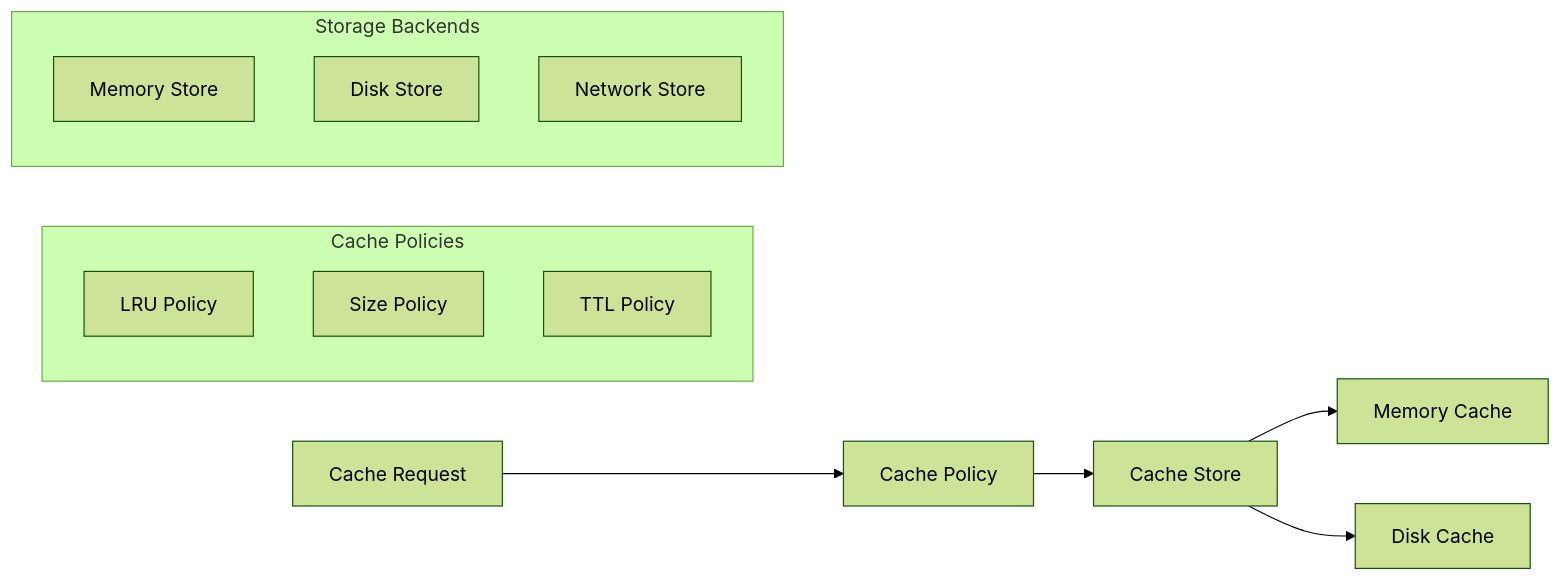
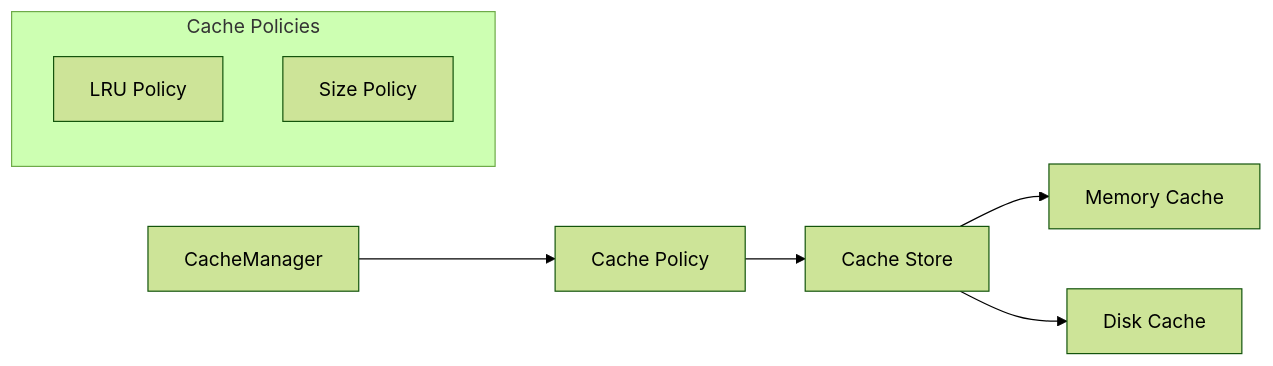
The third of 4 diagrams in docs/Architecture.md (zachshallbetter/LlamaHome), drawn with Mermaid (forest theme) before and after one commit. The commit also changed other lines of this file and 5 other files, not shown here.

Commit message:
All the detailed information about architecture, implementation, and advanced features is now properly organized in the docs directory

````diff
--- a/docs/Architecture.md
+++ b/docs/Architecture.md
@@ -172,19 +121,12 @@
 ```mermaid
 graph LR
-    Request[Cache Request] --> Policy[Cache Policy]
+    Cache[CacheManager] --> Policy[Cache Policy]
     Policy --> Store[Cache Store]
     Store --> Memory[Memory Cache]
     Store --> Disk[Disk Cache]
     
     subgraph Cache Policies
         LRU[LRU Policy]
         Size[Size Policy]
-        TTL[TTL Policy]
-    end
-    
-    subgraph Storage Backends
-        MemStore[Memory Store]
-        DiskStore[Disk Store]
-        NetworkStore[Network Store]
     end
 ```
````
